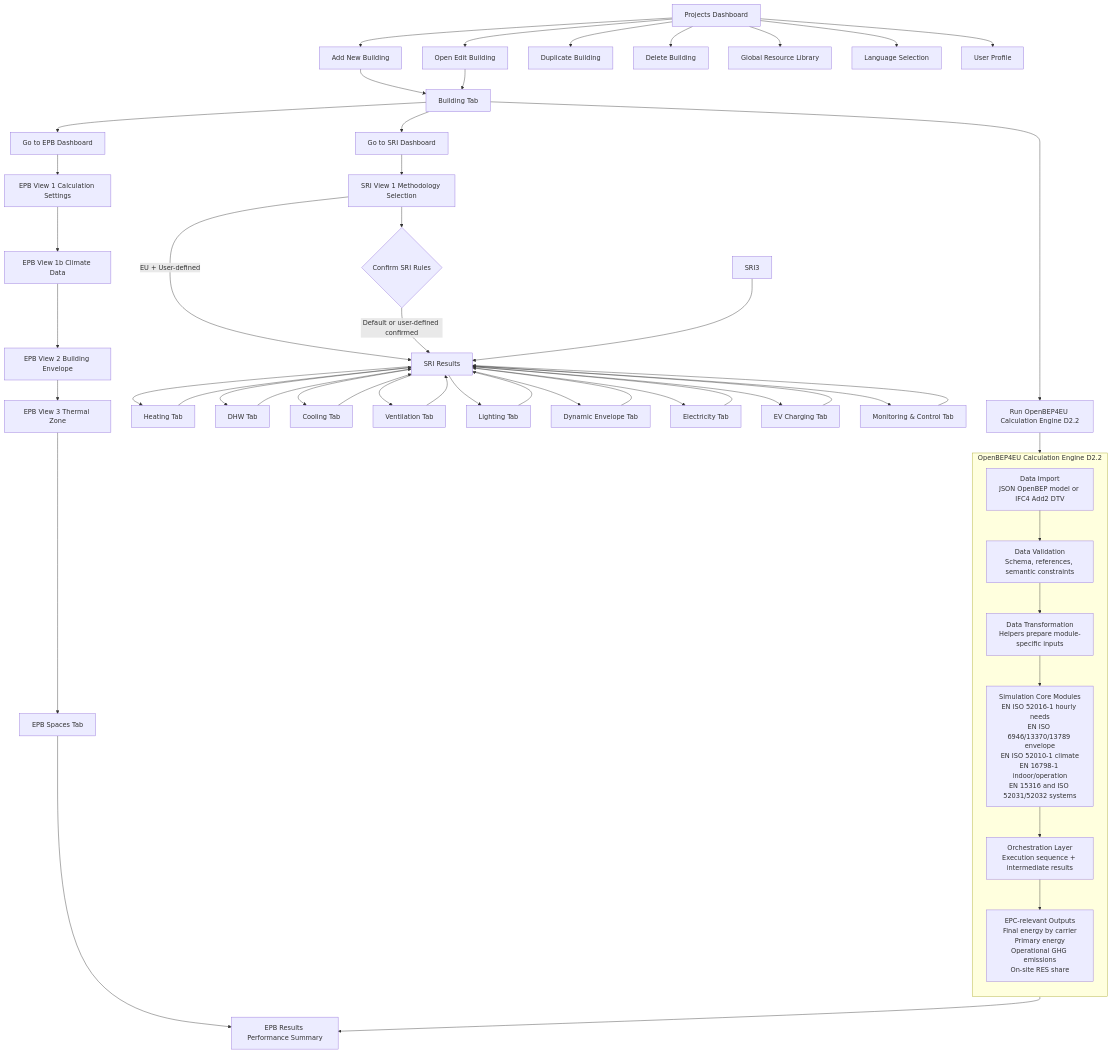
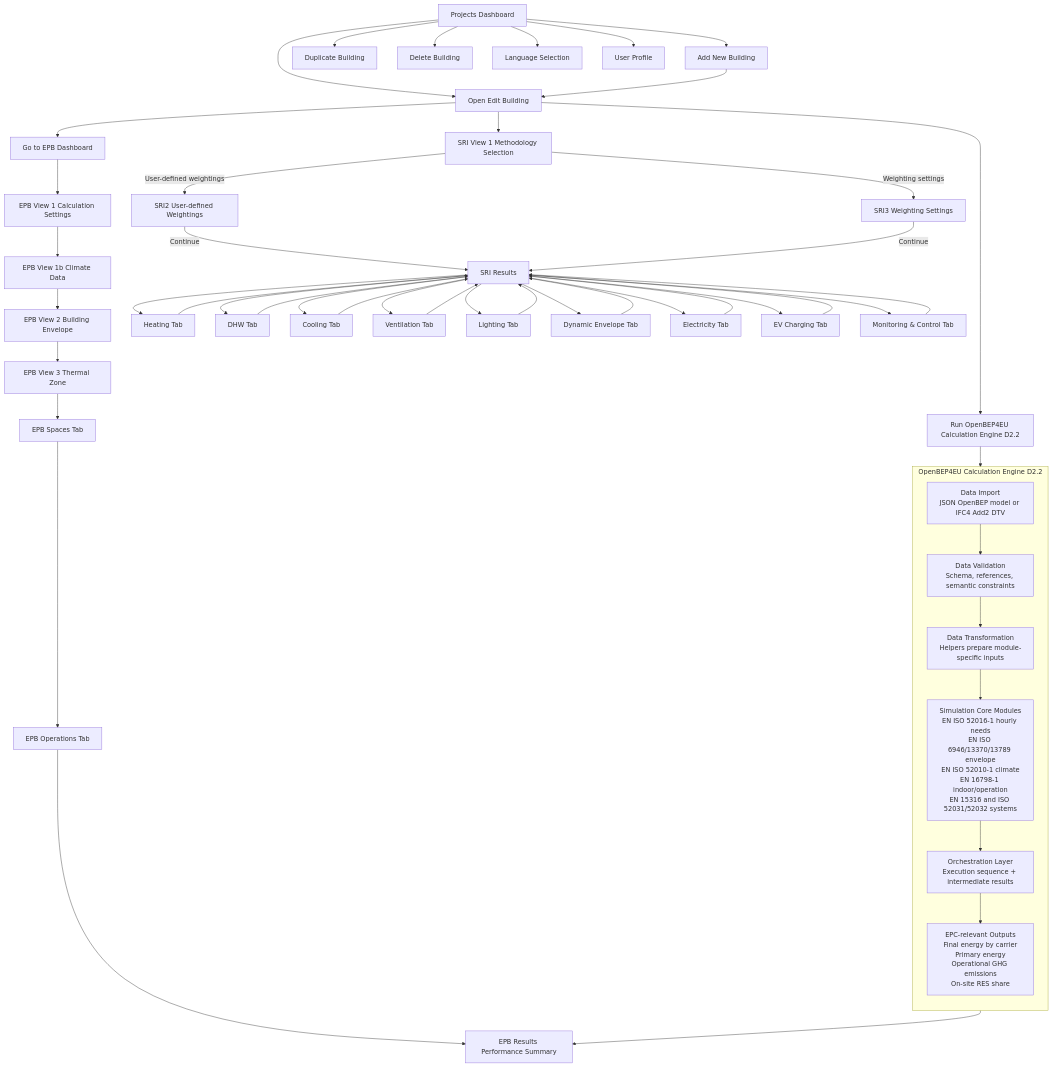
One commit to pantazis/-building-performance-app changed the diagram in input.mmd. Above: the diagram before and after it, drawn with Mermaid. The commit also changed 14 other files, not shown here.

```diff
--- a/input.mmd
+++ b/input.mmd
@@ -1,64 +1,62 @@
 flowchart TD
 
 A[Projects Dashboard] --> B[Add New Building]
 A --> C[Open Edit Building]
 A --> D[Duplicate Building]
 A --> E[Delete Building]
-A --> F[Global Resource Library]
 A --> G[Language Selection]
 A --> H[User Profile]
 
-B --> I[Building Tab]
-C --> I
+B --> C
 
-I --> J[Go to EPB Dashboard]
-I --> K[Go to SRI Dashboard]
+C --> J[Go to EPB Dashboard]
+C --> SRI1[SRI View 1 Methodology Selection]
 
 J --> EPB1[EPB View 1 Calculation Settings]
 EPB1 --> EPB1B[EPB View 1b Climate Data]
 EPB1B --> EPB2[EPB View 2 Building Envelope]
 EPB2 --> EPB3[EPB View 3 Thermal Zone]
 EPB3 --> EPBSPACES[EPB Spaces Tab]
-EPBSPACES --> EPB4[EPB Results Performance Summary]
+EPBSPACES --> EPBOPS[EPB Operations Tab]
+EPBOPS --> EPB4[EPB Results Performance Summary]
 
-K --> SRI1[SRI View 1 Methodology Selection]
-SRI1 --> SRI2{Confirm SRI Rules}
-SRI1 -->|EU + User-defined| SRI14[SRI14 Results]
-SRI2 -->|Default or user-defined confirmed| SRI14[SRI14 Results]
-SRI3 --> SRI14
+SRI1 -->|User-defined weightings| SRI2[SRI2 User-defined Weightings]
+SRI1 -->|Weighting settings| SRI3[SRI3 Weighting Settings]
+SRI2 -->|Continue| SRI14[SRI14 Results]
+SRI3 -->|Continue| SRI14
 
 SRI14 --> SRI5[Heating Tab]
 SRI14 --> SRI6[DHW Tab]
 SRI14 --> SRI7[Cooling Tab]
 SRI14 --> SRI8[Ventilation Tab]
 SRI14 --> SRI9[Lighting Tab]
 SRI14 --> SRI10[Dynamic Envelope Tab]
 SRI14 --> SRI11[Electricity Tab]
 SRI14 --> SRI12[EV Charging Tab]
 SRI14 --> SRI13[Monitoring & Control Tab]
 
 SRI5 --> SRI14[SRI Results]
 SRI6 --> SRI14[SRI Results]
 SRI7 --> SRI14[SRI Results]
 SRI8 --> SRI14[SRI Results]
 SRI9 --> SRI14[SRI Results]
 SRI10 --> SRI14[SRI Results]
 SRI11 --> SRI14[SRI Results]
 SRI12 --> SRI14[SRI Results]
 SRI13 --> SRI14[SRI Results]
 
 %% D2.2 Advanced EU Kernel EPC Engine integration
-I --> CE0[Run OpenBEP4EU Calculation Engine D2.2]
+C --> CE0[Run OpenBEP4EU Calculation Engine D2.2]
 
 subgraph CE[OpenBEP4EU Calculation Engine D2.2]
 direction TB
 CE1[Data Import\nJSON OpenBEP model or IFC4 Add2 DTV]
 CE2[Data Validation\nSchema, references, semantic constraints]
 CE3[Data Transformation\nHelpers prepare module-specific inputs]
 CE4[Simulation Core Modules\nEN ISO 52016-1 hourly needs\nEN ISO 6946/13370/13789 envelope\nEN ISO 52010-1 climate\nEN 16798-1 indoor/operation\nEN 15316 and ISO 52031/52032 systems]
 CE5[Orchestration Layer\nExecution sequence + intermediate results]
 CE6[EPC-relevant Outputs\nFinal energy by carrier\nPrimary energy\nOperational GHG emissions\nOn-site RES share]
 end
 
 CE0 --> CE1 --> CE2 --> CE3 --> CE4 --> CE5 --> CE6
 CE6 --> EPB4
```
